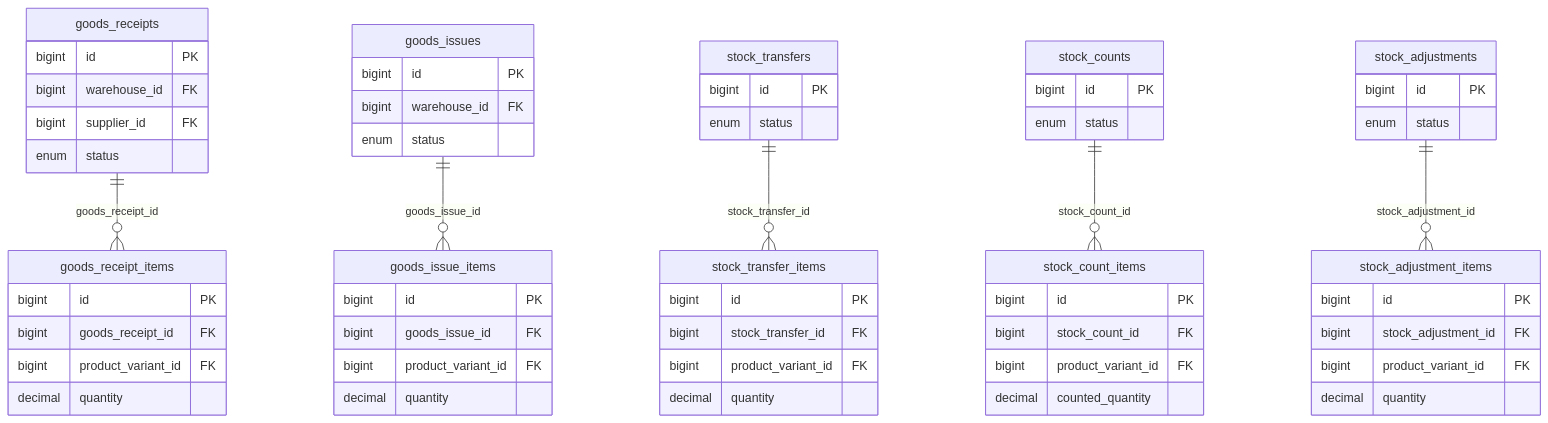
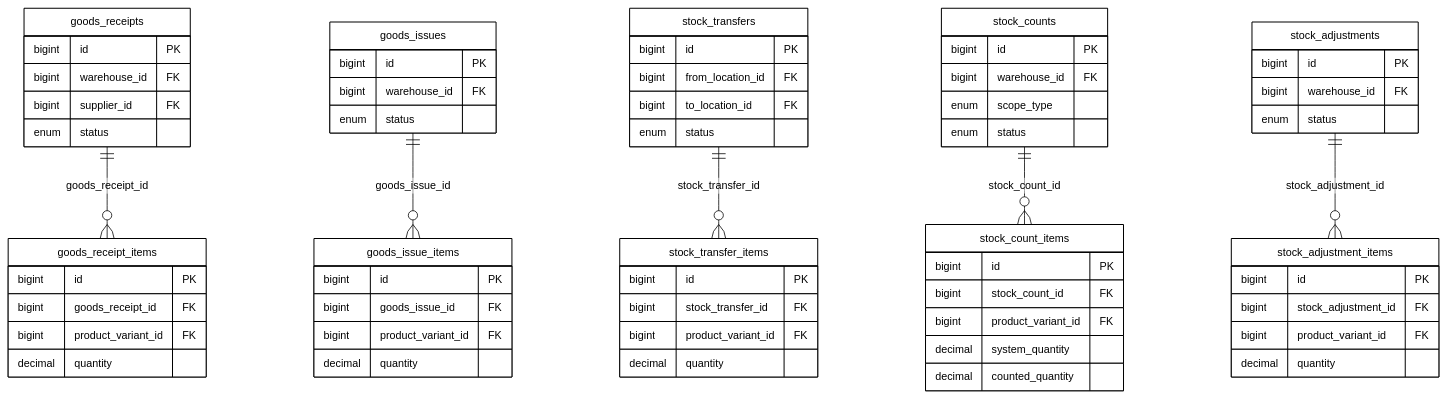
One commit to nguyenthihongnhu-dotcom/luanvan2026 changed diagram 16 of 54 in THIET_KE_HE_THONG.md. Above: the diagram before and after it, drawn with Mermaid. The commit also changed other lines of this file and 170 other files, not shown here.

````diff
--- a/THIET_KE_HE_THONG.md
+++ b/THIET_KE_HE_THONG.md
@@ -536,4 +946,29 @@
 ```mermaid
+%%{init: {
+  'theme': 'base',
+  'themeVariables': {
+    'primaryColor': '#ffffff',
+    'primaryBorderColor': '#000000',
+    'primaryTextColor': '#000000',
+    'secondaryColor': '#ffffff',
+    'secondaryBorderColor': '#000000',
+    'secondaryTextColor': '#000000',
+    'tertiaryColor': '#ffffff',
+    'tertiaryBorderColor': '#000000',
+    'tertiaryTextColor': '#000000',
+    'lineColor': '#000000',
+    'textColor': '#000000',
+    'mainBkg': '#ffffff',
+    'nodeBorder': '#000000',
+    'clusterBkg': '#ffffff',
+    'clusterBorder': '#000000',
+    'edgeLabelBackground': '#ffffff',
+    'fontSize': '14px',
+    'attributeBackgroundColorOdd': '#ffffff',
+    'attributeBackgroundColorEven': '#ffffff'
+  },
+  'er': { 'entityPadding': 12, 'minEntityWidth': 130, 'useMaxWidth': false }
+}}%%
 erDiagram
     goods_receipts ||--o{ goods_receipt_items : goods_receipt_id
     goods_issues ||--o{ goods_issue_items : goods_issue_id
@@ -566,6 +1001,8 @@
     }
     stock_transfers {
         bigint id PK
+        bigint from_location_id FK
+        bigint to_location_id FK
         enum status
     }
     stock_transfer_items {
@@ -576,16 +1013,20 @@
     }
     stock_counts {
         bigint id PK
+        bigint warehouse_id FK
+        enum scope_type
         enum status
     }
     stock_count_items {
         bigint id PK
         bigint stock_count_id FK
         bigint product_variant_id FK
+        decimal system_quantity
         decimal counted_quantity
     }
     stock_adjustments {
         bigint id PK
+        bigint warehouse_id FK
         enum status
     }
     stock_adjustment_items {
````
